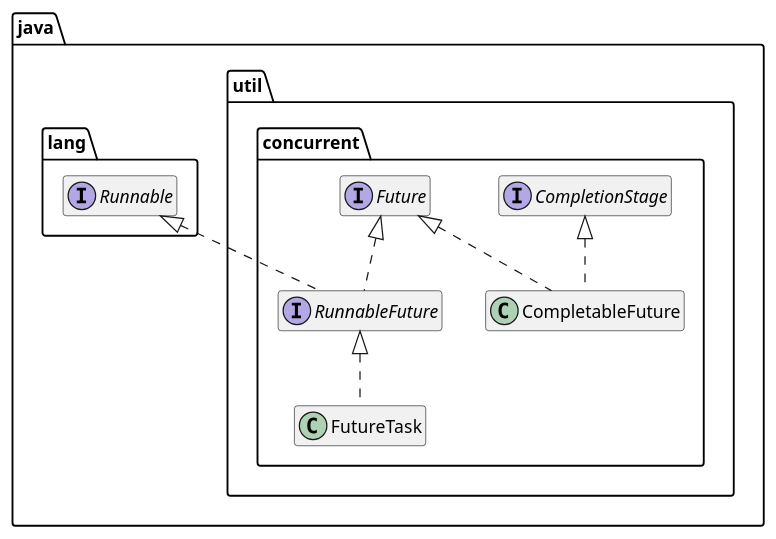
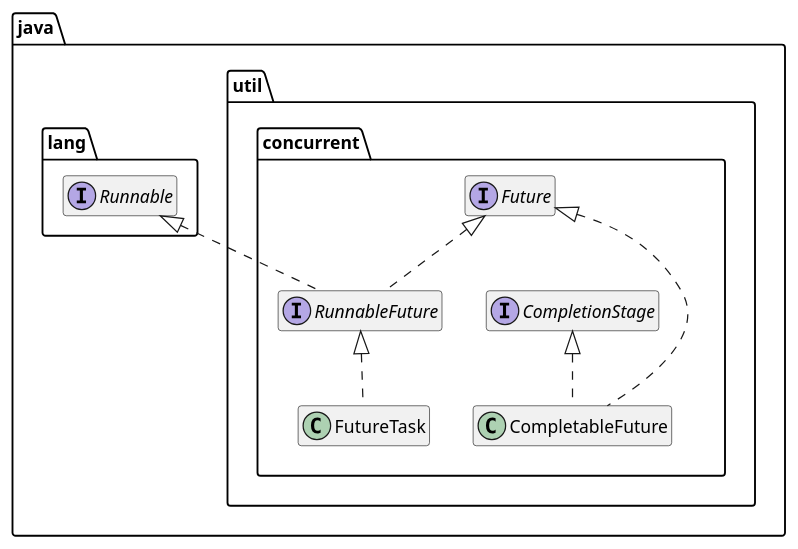
The diagram in images/class diagramm.puml (ti-cortex-m4/demo-java-completablefuture), drawn with PlantUML before and after one commit.

```diff
--- a/images/class diagramm.puml
+++ b/images/class diagramm.puml
@@ -1,29 +1,27 @@
 @startuml
 
-class java.util.concurrent.CompletableFuture {
+together {
+  interface java.util.concurrent.CompletionStage {}
+
+  interface java.util.concurrent.Future {}
 }
 
-interface java.util.concurrent.CompletionStage {
-}
+interface java.lang.Runnable {}
 
-interface java.util.concurrent.Future {
-}
+interface java.util.concurrent.RunnableFuture {}
 
-class java.util.concurrent.FutureTask {
-}
+together {
+  class java.util.concurrent.FutureTask {}
 
-interface java.util.concurrent.RunnableFuture {
-}
-
-interface java.lang.Runnable {
+  class java.util.concurrent.CompletableFuture {}
 }
 
 java.util.concurrent.CompletableFuture .up.|>  java.util.concurrent.CompletionStage
 java.util.concurrent.CompletableFuture .up.|>  java.util.concurrent.Future
 java.util.concurrent.FutureTask .up.|>  java.util.concurrent.RunnableFuture
 java.util.concurrent.RunnableFuture .up.|>  java.util.concurrent.Future
 java.util.concurrent.RunnableFuture .up.|>  java.lang.Runnable
 
 hide members
 
 @enduml
```
